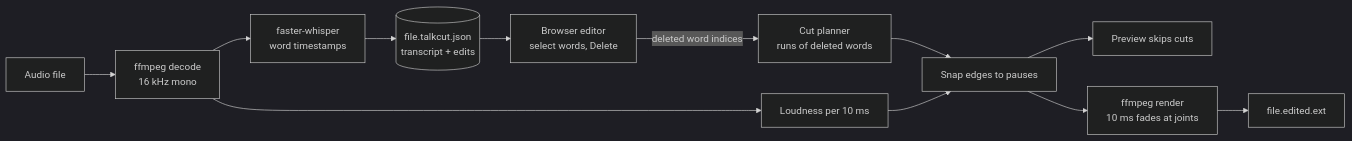
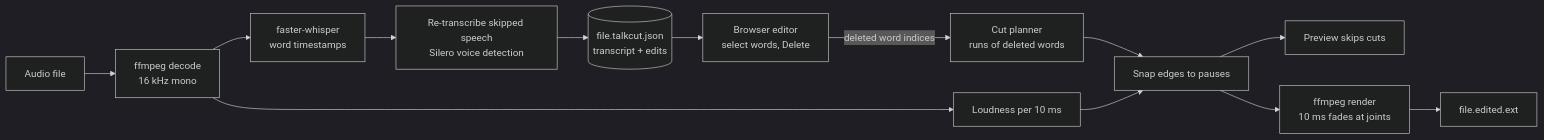
The diagram in README.md (Dhruv-Sharma29/talkcut), drawn with Mermaid (dark theme) before and after one commit. The commit also changed other lines of this file and 6 other files, not shown here.

````diff
--- a/README.md
+++ b/README.md
@@ -20,14 +20,15 @@
 ```mermaid
 flowchart LR
     M[Audio file] --> D[ffmpeg decode<br/>16 kHz mono]
     D --> W[faster-whisper<br/>word timestamps]
-    W --> J[(file.talkcut.json<br/>transcript + edits)]
+    W --> RP[Re-transcribe skipped speech<br/>Silero voice detection]
+    RP --> J[(file.talkcut.json<br/>transcript + edits)]
     J --> UI[Browser editor<br/>select words, Delete]
     UI -->|deleted word indices| PL[Cut planner<br/>runs of deleted words]
     D --> LV[Loudness per 10 ms]
     PL --> SN[Snap edges to pauses]
     LV --> SN
     SN --> PV[Preview skips cuts]
     SN --> R[ffmpeg render<br/>10 ms fades at joints]
     R --> O[file.edited.ext]
 ```
````
